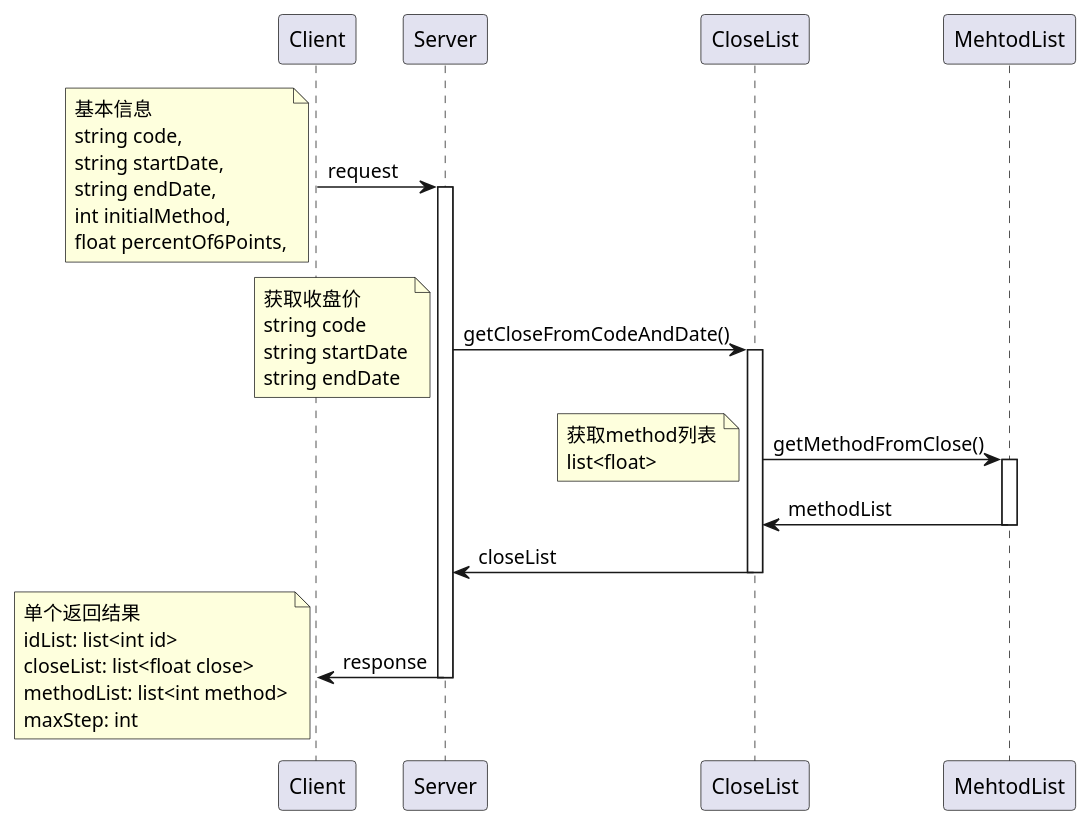
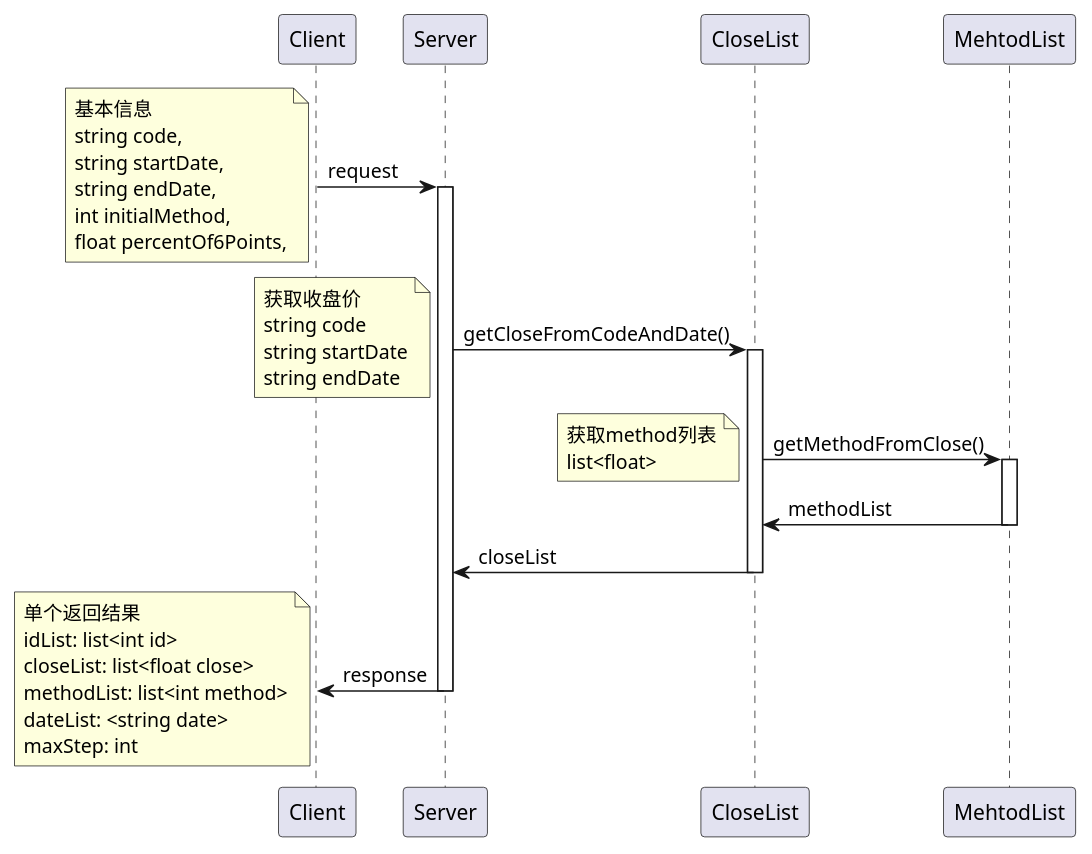
The diagram in sklearnLearn/singleGetMethodData.puml (skywings110/pytorchLearn), drawn with PlantUML before and after one commit. The commit also changed 1 other file, not shown here.

```diff
--- a/sklearnLearn/singleGetMethodData.puml
+++ b/sklearnLearn/singleGetMethodData.puml
@@ -1,46 +1,47 @@
 @startuml single
 
 '单个获取method数据'
 Client -> Server : request
 activate Server
 note left 
 基本信息
 string code, 
 string startDate, 
 string endDate, 
 int initialMethod, 
 float percentOf6Points,
 end note
 
 Server -> CloseList: getCloseFromCodeAndDate()
 activate CloseList
 note left
 获取收盘价
 string code
 string startDate
 string endDate
 end note
 
 CloseList -> MehtodList: getMethodFromClose()
 activate MehtodList
 note left
 获取method列表
 list<float>
 end note
 
 MehtodList -> CloseList: methodList
 deactivate MehtodList
 CloseList -> Server: closeList
 deactivate CloseList
 
 Client <- Server : response
 note left
 单个返回结果
 idList: list<int id>
 closeList: list<float close>
 methodList: list<int method>
+dateList: <string date>
 maxStep: int
 end note
 deactivate Server
 
 @enduml
```
